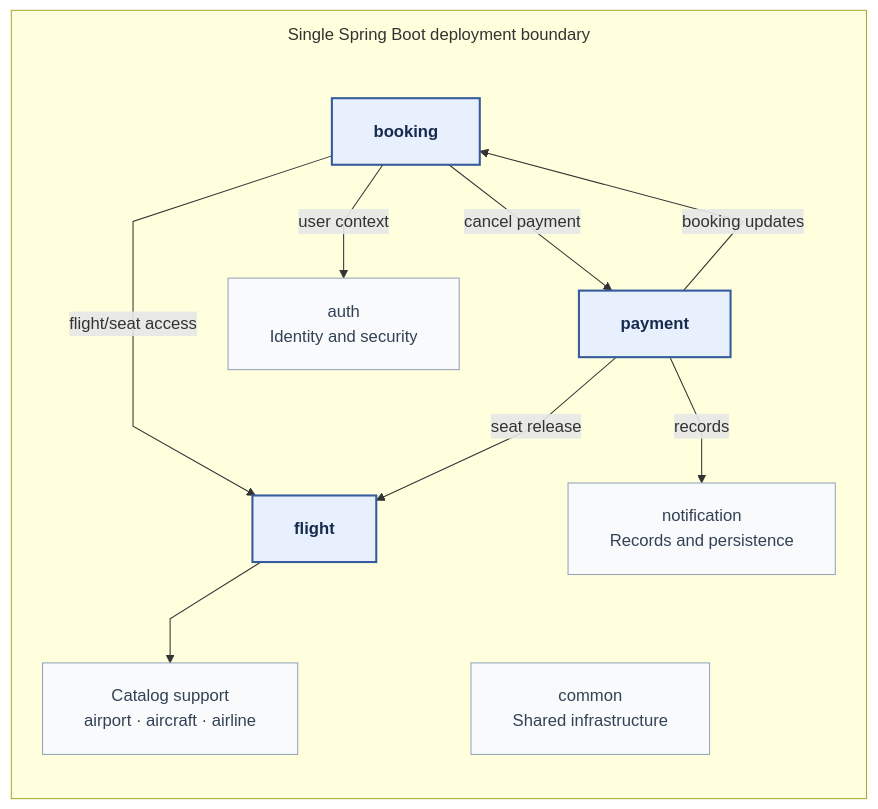
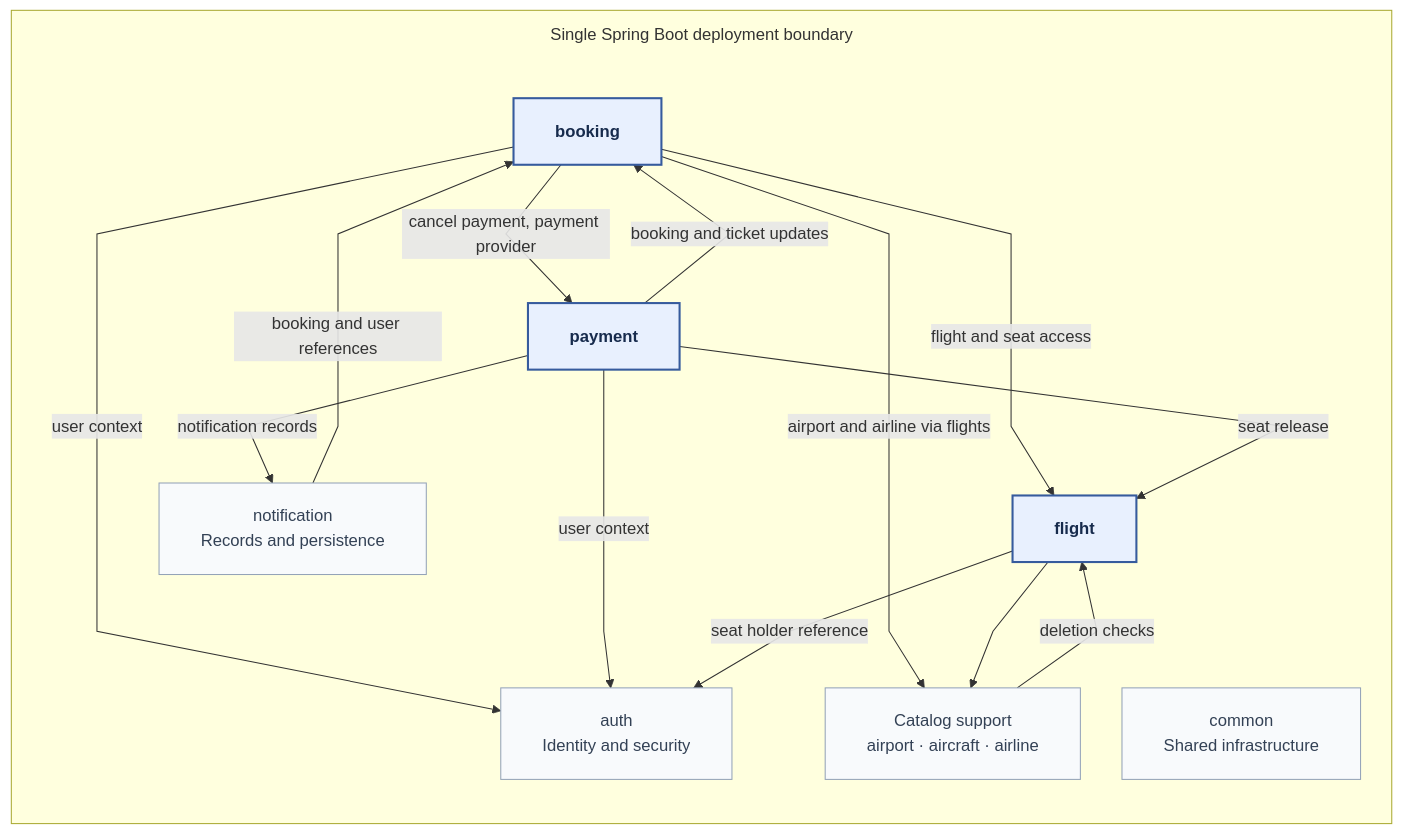
The third of 4 diagrams in docs/02-system-architecture.md (thannthai/flight-booking-system), drawn with Mermaid before and after one commit. The commit also changed other lines of this file and 9 other files, not shown here.

First line of the commit message:
docs: organize architecture as C4 levels, add critical flows and decision records

````diff
--- a/docs/02-system-architecture.md
+++ b/docs/02-system-architecture.md
@@ -68,30 +90,35 @@
 ```mermaid
 %%{init: {"flowchart": {"curve": "linear", "nodeSpacing": 40, "rankSpacing": 60, "padding": 20, "subGraphTitleMargin": {"top": 12, "bottom": 30}}}}%%
 flowchart TB
     subgraph Boot["Single Spring Boot deployment boundary"]
         direction TB
         Booking["booking"]
         Payment["payment"]
         Flight["flight"]
         Auth["auth<br/>Identity and security"]
         Notification["notification<br/>Records and persistence"]
 
         Catalog["Catalog support<br/>airport · aircraft · airline"]
         Common["common<br/>Shared infrastructure"]
 
-        Booking -->|cancel payment| Payment
-        Payment -->|booking updates| Booking
-        Booking -->|flight/seat access| Flight
+        Booking -->|cancel payment, payment provider| Payment
+        Payment -->|booking and ticket updates| Booking
+        Booking -->|flight and seat access| Flight
         Payment -->|seat release| Flight
         Booking -->|user context| Auth
-        Payment -->|records| Notification
+        Payment -->|user context| Auth
+        Booking -->|airport and airline via flights| Catalog
+        Payment -->|notification records| Notification
+        Notification -->|booking and user references| Booking
+        Flight -->|seat holder reference| Auth
         Flight --> Catalog
+        Catalog -->|deletion checks| Flight
         %% Layout only: shared infrastructure sits beside catalog support.
         Flight ~~~ Common
     end
 
     classDef core fill:#e8f0fe,stroke:#365b9d,stroke-width:2px,color:#172b4d,font-weight:bold
     classDef support fill:#f8fafc,stroke:#94a3b8,color:#334155
     class Booking,Payment,Flight core
     class Auth,Notification,Catalog,Common support
 ```
````
